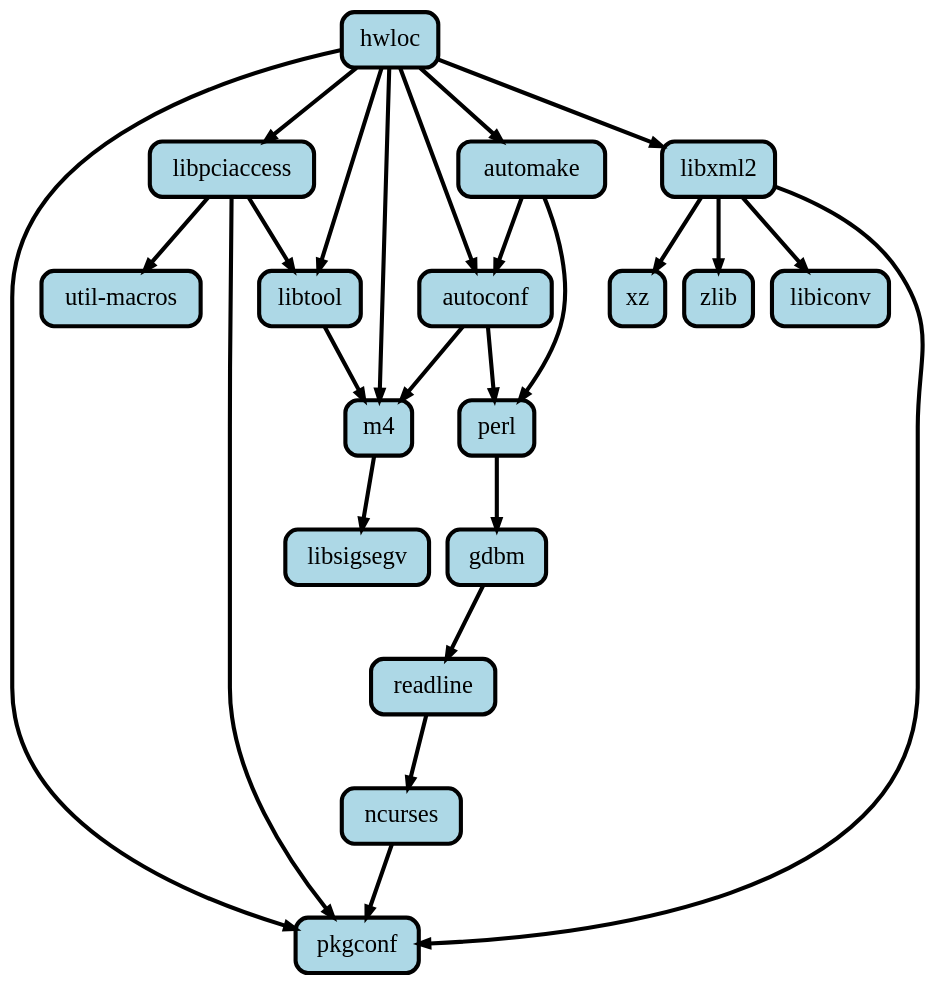
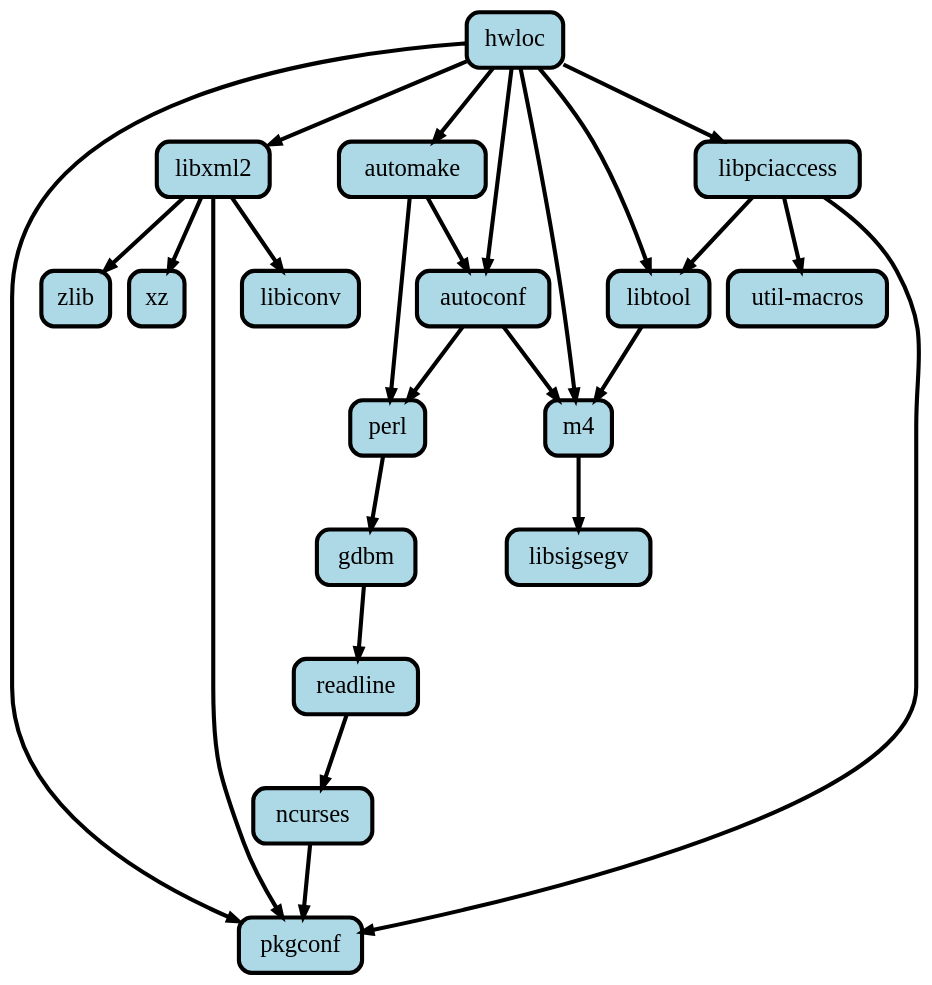
Before and after one commit to spack/spack-tutorial: the diagram in tutorial_developer_workflows.rst, drawn with Graphviz.

Commit message:
developer workflow: simplified dot graph

```diff
--- a/tutorial_developer_workflows.rst
+++ b/tutorial_developer_workflows.rst
@@ -54,60 +54,42 @@
 .. graphviz::
 
     digraph G {
     labelloc = "b"
     rankdir = "TB"
     ranksep = "1"
     edge[
        penwidth=4  ]
     node[
        fontname=Monaco,
        penwidth=4,
        fontsize=24,
        margin=.2,
        shape=box,
        fillcolor=lightblue,
        style="rounded,filled"  ]
 
-    "eifxmpsduqbsvgrk2sx5pn7cy5eraanr" [label="pkgconf"]
-    "surdjxdcankv3xqk5tnnwroz3tor77o7" [label="gdbm"]
-    "hzwkvqampr3c6mfceyxq4xej7eyxoxoj" [label="readline"]
-    "vhehc322oo5ipbbk465m6py6zzr4kdam" [label="libpciaccess"]
-    "3khohgmwhbgvxehlt7rcnnzqfxelyv4p" [label="libsigsegv"]
-    "ut64la6rptcwos3uwl2kp5mle572hlhi" [label="m4"]
-    "qk6frrw75e7r5wp7f5r65x23cxtv5p4i" [label="hwloc"]
-    "g23qfulbkb5qtgmpuwyv65o3p2r7w434" [label="autoconf"]
-    "s4rsiori6blknfxf2jx4nbfxfzvcww2k" [label="ncurses"]
-    "4neu5jwwmuo26mjs6363q6bupczjk6hk" [label="libtool"]
-    "ur2jffeua3gzg5otnmqgfnfdexgtjxcl" [label="xz"]
-    "o2viq7yriiaw6nwqpaa7ltpyzqkaonhb" [label="zlib"]
-    "fg5evg4bxx4jy3paclojb46lok4fjclf" [label="libxml2"]
-    "a226ran4thxadofd7yow3sfng3gy3t3k" [label="util-macros"]
-    "io3tplo73zw2v5lkbknnvsk7tszjaj2d" [label="automake"]
-    "zvmmgjbnfrzbo3hl2ijqxcjpkiv7q3ab" [label="libiconv"]
-    "cxcj6eisjsfp3iv6xlio6rvc33fbxfmc" [label="perl"]
-
-    "qk6frrw75e7r5wp7f5r65x23cxtv5p4i" -> "fg5evg4bxx4jy3paclojb46lok4fjclf"
-    "fg5evg4bxx4jy3paclojb46lok4fjclf" -> "ur2jffeua3gzg5otnmqgfnfdexgtjxcl"
-    "io3tplo73zw2v5lkbknnvsk7tszjaj2d" -> "cxcj6eisjsfp3iv6xlio6rvc33fbxfmc"
-    "fg5evg4bxx4jy3paclojb46lok4fjclf" -> "eifxmpsduqbsvgrk2sx5pn7cy5eraanr"
-    "g23qfulbkb5qtgmpuwyv65o3p2r7w434" -> "cxcj6eisjsfp3iv6xlio6rvc33fbxfmc"
-    "vhehc322oo5ipbbk465m6py6zzr4kdam" -> "4neu5jwwmuo26mjs6363q6bupczjk6hk"
-    "qk6frrw75e7r5wp7f5r65x23cxtv5p4i" -> "eifxmpsduqbsvgrk2sx5pn7cy5eraanr"
-    "vhehc322oo5ipbbk465m6py6zzr4kdam" -> "a226ran4thxadofd7yow3sfng3gy3t3k"
-    "g23qfulbkb5qtgmpuwyv65o3p2r7w434" -> "ut64la6rptcwos3uwl2kp5mle572hlhi"
-    "qk6frrw75e7r5wp7f5r65x23cxtv5p4i" -> "ut64la6rptcwos3uwl2kp5mle572hlhi"
-    "qk6frrw75e7r5wp7f5r65x23cxtv5p4i" -> "io3tplo73zw2v5lkbknnvsk7tszjaj2d"
-    "io3tplo73zw2v5lkbknnvsk7tszjaj2d" -> "g23qfulbkb5qtgmpuwyv65o3p2r7w434"
-    "qk6frrw75e7r5wp7f5r65x23cxtv5p4i" -> "4neu5jwwmuo26mjs6363q6bupczjk6hk"
-    "vhehc322oo5ipbbk465m6py6zzr4kdam" -> "eifxmpsduqbsvgrk2sx5pn7cy5eraanr"
-    "s4rsiori6blknfxf2jx4nbfxfzvcww2k" -> "eifxmpsduqbsvgrk2sx5pn7cy5eraanr"
-    "fg5evg4bxx4jy3paclojb46lok4fjclf" -> "zvmmgjbnfrzbo3hl2ijqxcjpkiv7q3ab"
-    "cxcj6eisjsfp3iv6xlio6rvc33fbxfmc" -> "surdjxdcankv3xqk5tnnwroz3tor77o7"
-    "qk6frrw75e7r5wp7f5r65x23cxtv5p4i" -> "vhehc322oo5ipbbk465m6py6zzr4kdam"
-    "surdjxdcankv3xqk5tnnwroz3tor77o7" -> "hzwkvqampr3c6mfceyxq4xej7eyxoxoj"
-    "4neu5jwwmuo26mjs6363q6bupczjk6hk" -> "ut64la6rptcwos3uwl2kp5mle572hlhi"
-    "qk6frrw75e7r5wp7f5r65x23cxtv5p4i" -> "g23qfulbkb5qtgmpuwyv65o3p2r7w434"
-    "ut64la6rptcwos3uwl2kp5mle572hlhi" -> "3khohgmwhbgvxehlt7rcnnzqfxelyv4p"
-    "hzwkvqampr3c6mfceyxq4xej7eyxoxoj" -> "s4rsiori6blknfxf2jx4nbfxfzvcww2k"
-    "fg5evg4bxx4jy3paclojb46lok4fjclf" -> "o2viq7yriiaw6nwqpaa7ltpyzqkaonhb"
+    "hwloc" -> "libxml2"
+    "libxml2" -> "xz"
+    "automake" -> "perl"
+    "libxml2" -> "pkgconf"
+    "autoconf" -> "perl"
+    "libpciaccess" -> "libtool"
+    "hwloc" -> "pkgconf"
+    "libpciaccess" -> "util-macros"
+    "autoconf" -> "m4"
+    "hwloc" -> "m4"
+    "hwloc" -> "automake"
+    "automake" -> "autoconf"
+    "hwloc" -> "libtool"
+    "libpciaccess" -> "pkgconf"
+    "ncurses" -> "pkgconf"
+    "libxml2" -> "libiconv"
+    "perl" -> "gdbm"
+    "hwloc" -> "libpciaccess"
+    "gdbm" -> "readline"
+    "libtool" -> "m4"
+    "hwloc" -> "autoconf"
+    "m4" -> "libsigsegv"
+    "readline" -> "ncurses"
+    "libxml2" -> "zlib"
   }
```
